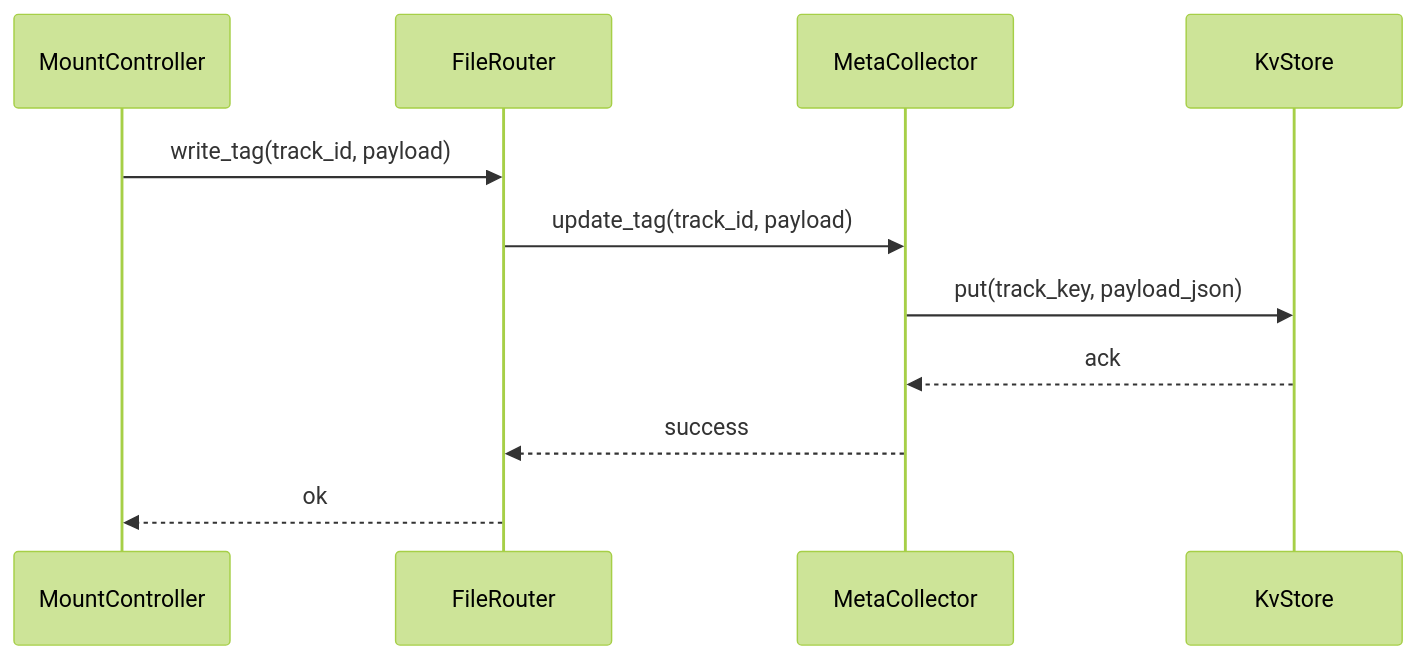
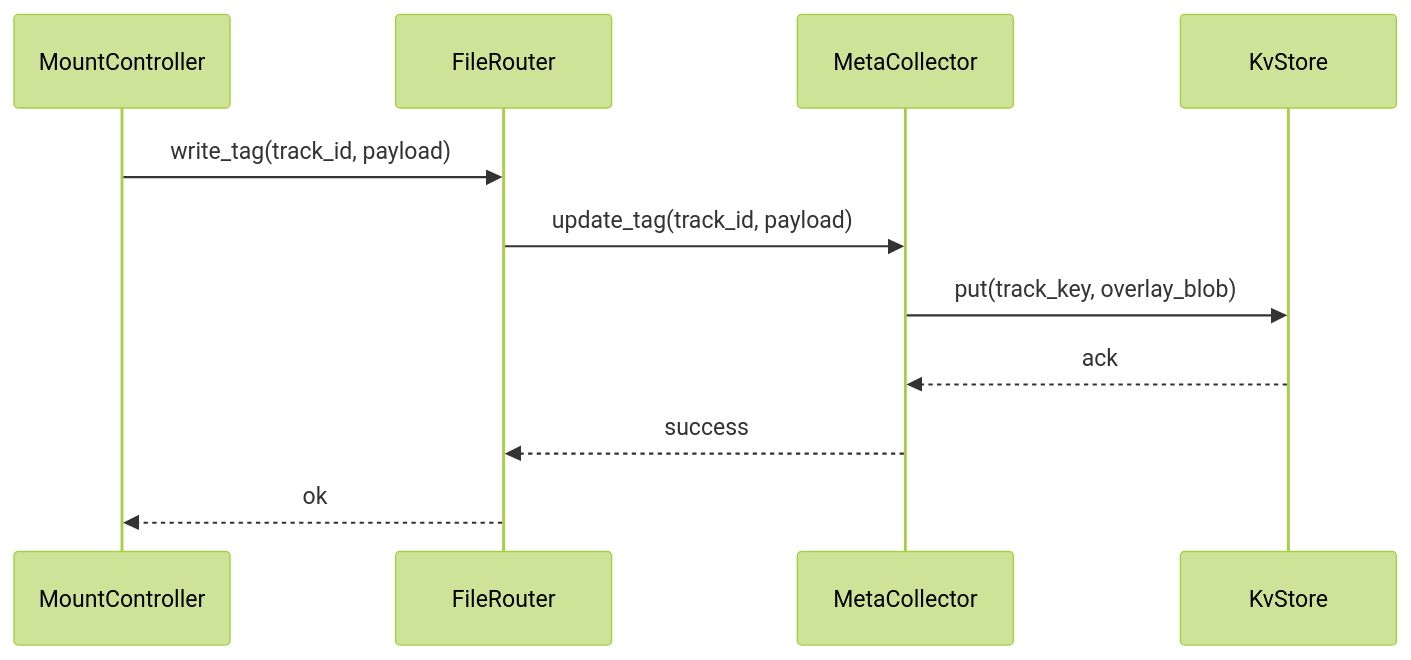
The third of 3 diagrams in docs/architecture.md (ModerRAS/MusFuse), drawn with Mermaid (forest theme) before and after one commit. The commit also changed other lines of this file, not shown here.

````diff
--- a/docs/architecture.md
+++ b/docs/architecture.md
@@ -143,14 +148,14 @@
 ```mermaid
 sequenceDiagram
     participant FS as MountController
     participant ROUTE as FileRouter
     participant META as MetaCollector
     participant DB as KvStore
 
     FS->>ROUTE: write_tag(track_id, payload)
     ROUTE->>META: update_tag(track_id, payload)
-    META->>DB: put(track_key, payload_json)
+    META->>DB: put(track_key, overlay_blob)
     DB-->>META: ack
     META-->>ROUTE: success
     ROUTE-->>FS: ok
 ```
````
